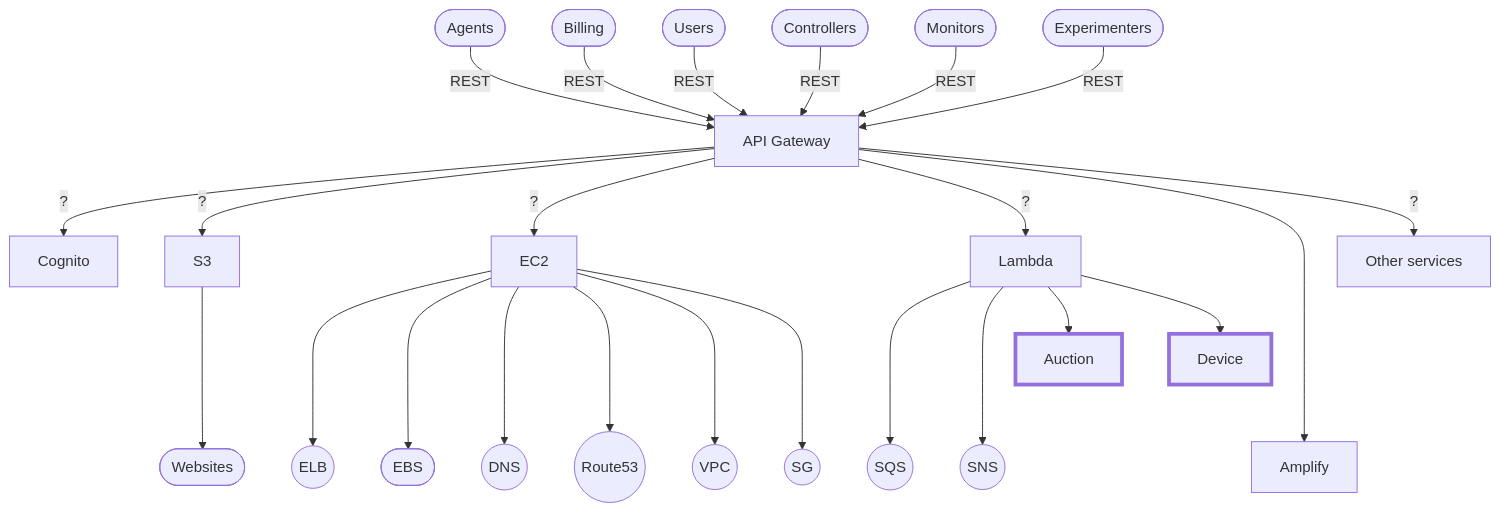
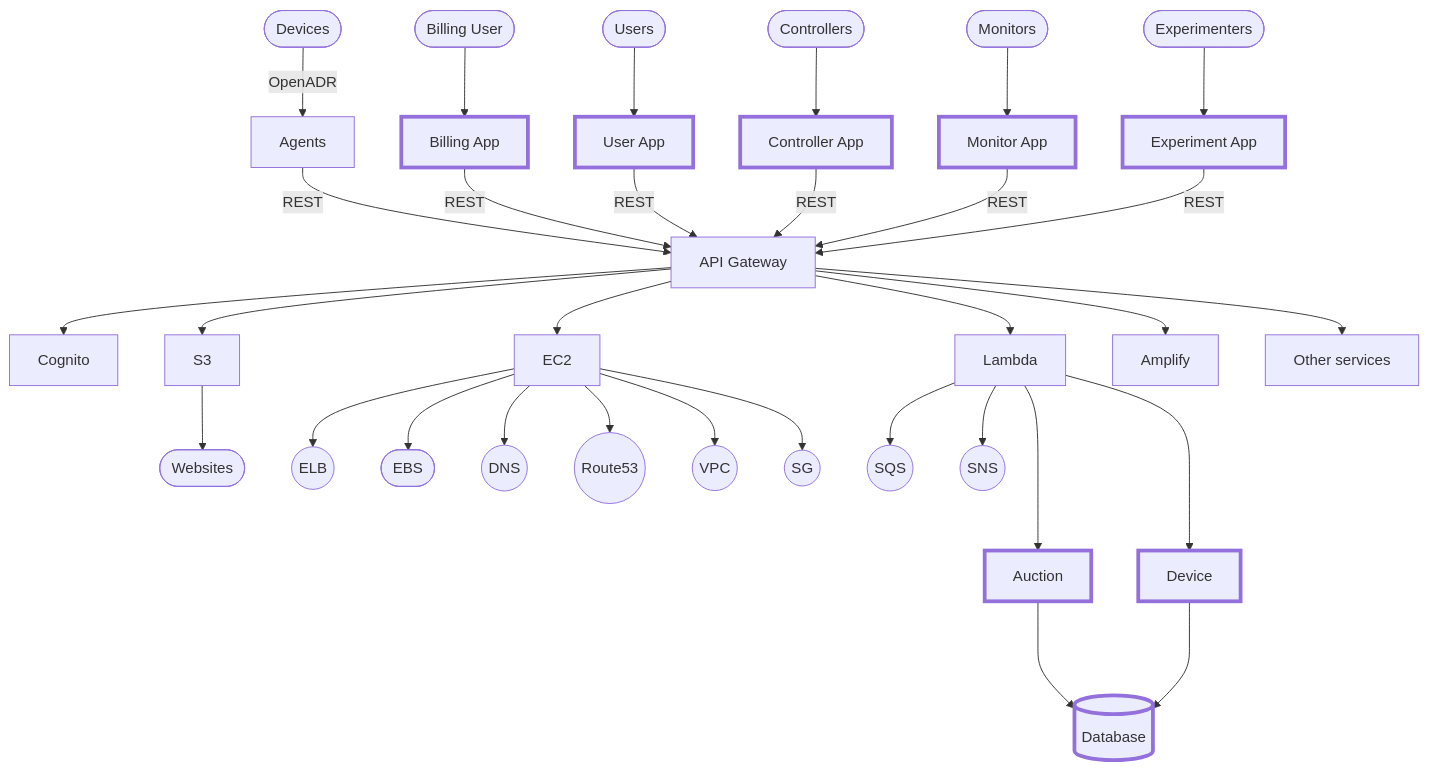
Before and after one commit to aivanova5/design: the diagram in docs/system_overview.md, drawn with Mermaid. The commit also changed other lines of this file, not shown here.

````diff
--- a/docs/system_overview.md
+++ b/docs/system_overview.md
@@ -1,38 +1,52 @@
 ```mermaid
 flowchart TD
   
   classDef active stroke-width:4px;
+
+  devices([Devices]) -- OpenADR --> agents  
+  agents[Agents] -- REST --> gateway[API Gateway]
+
+  billing([Billing User]) --> billing_app[Billing App]:::active -- REST --> gateway
+      click billing_app "https://github.com/tess-v2/design/blob/master/docs/billing.md" _blank
+
+  users([Users]) --> user_app[User App]:::active -- REST --> gateway
+      click user_app "https://github.com/tess-v2/design/blob/master/docs/users.md" _blank
+
+  controllers([Controllers]) --> controller_app[Controller App]:::active -- REST --> gateway
+      click controller_app "https://github.com/tess-v2/design/blob/master/docs/controllers.md" _blank
+
+  monitors([Monitors]) --> monitor_app[Monitor App]:::active -- REST --> gateway
+      click monitor_app "https://github.com/tess-v2/design/blob/master/docs/monitors.md" _blank
+
+  experiment([Experimenters]) --> experiment_app[Experiment App]:::active -- REST --> gateway
+      click experiment_app "https://github.com/tess-v2/design/blob/master/docs/experimenters.md" _blank
+
+  gateway --> auth[Cognito]
   
-  agents([Agents]) -- REST --> gateway[API Gateway]
-  billing([Billing]) -- REST --> gateway
-  users([Users]) -- REST --> gateway
-  controllers([Controllers]) -- REST --> gateway
-  monitors([Monitors]) -- REST --> gateway
-  experiment([Experimenters]) -- REST --> gateway
+  gateway --> s3[S3]
+    s3 --> www([Websites])
   
-  gateway -- ? --> auth[Cognito]
+  gateway --> ec2[EC2]
+    ec2 --> elb((ELB))
+    ec2 --> ebs([EBS])
+    ec2 --> dns((DNS))
+    ec2 --> route53((Route53))
+    ec2 --> vpc((VPC))
+    ec2 --> sg((SG))
   
-  gateway -- ? --> s3[S3]
-    s3 ---> www([Websites])
+  gateway --> lambda[Lambda]
+    lambda --> sqs((SQS))
+    lambda --> sns((SNS))
+    lambda ---> auction[Auction]:::active
+      click auction "https://github.com/tess-v2/design/blob/master/docs/auction.md" _blank
+      auction ---> database[(Database)]    
+    lambda ---> device[Device]:::active
+      click device "https://github.com/tess-v2/design/blob/master/docs/device.md" _blank
+      device ---> database[(Database)]:::active
+      click database "https://github.com/tess-v2/design/blob/master/docs/database.md" _blank
+      
+  gateway --> amplify[Amplify]
   
-  gateway -- ? --> ec2[EC2]
-    ec2 ---> elb((ELB))
-    ec2 ---> ebs([EBS])
-    ec2 ---> dns((DNS))
-    ec2 ---> route53((Route53))
-    ec2 ---> vpc((VPC))
-    ec2 ---> sg((SG))
-  
-  gateway -- ? --> lambda[Lambda]
-    lambda ---> sqs((SQS))
-    lambda ---> sns((SNS))
-    lambda --> auction[Auction]:::active
-    click auction "https://github.com/tess-v2/design/blob/master/docs/auction.md" _blank
-    lambda --> device[Device]:::active
-    click auction "https://github.com/tess-v2/design/blob/master/docs/device.md" _blank
-  
-  gateway ----> amplify[Amplify]
-  
-  gateway -- ? --> other[Other services]
+  gateway --> other[Other services]
   
 ```
````
